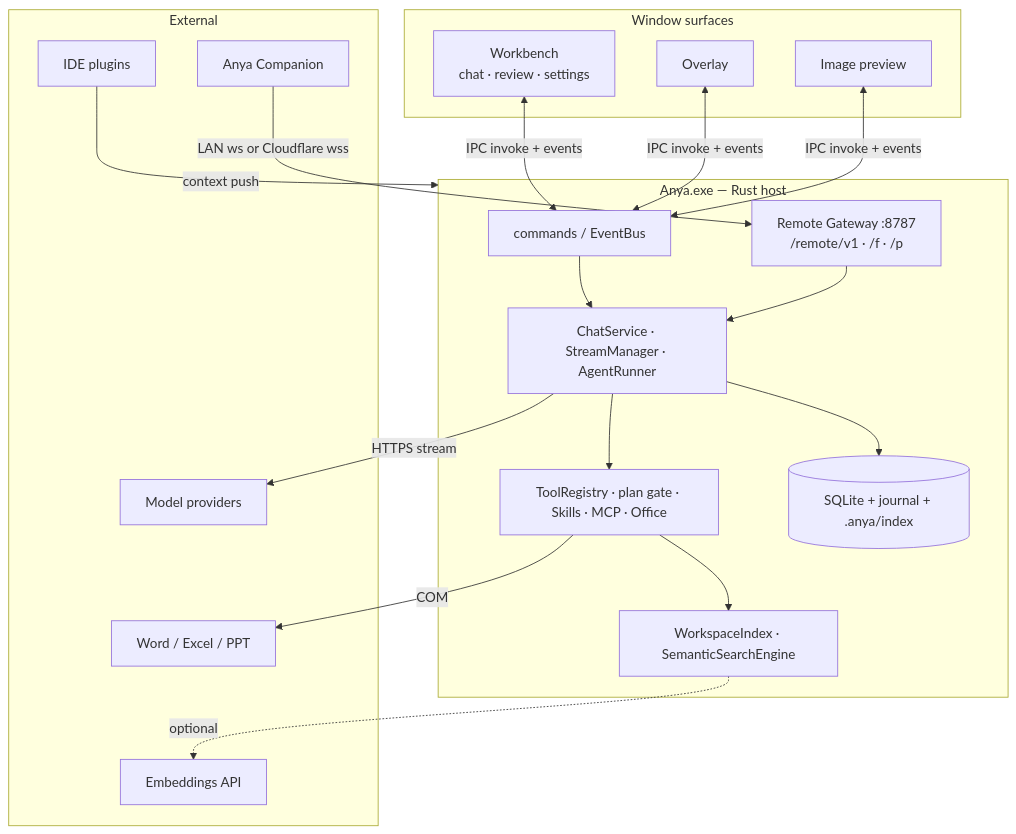
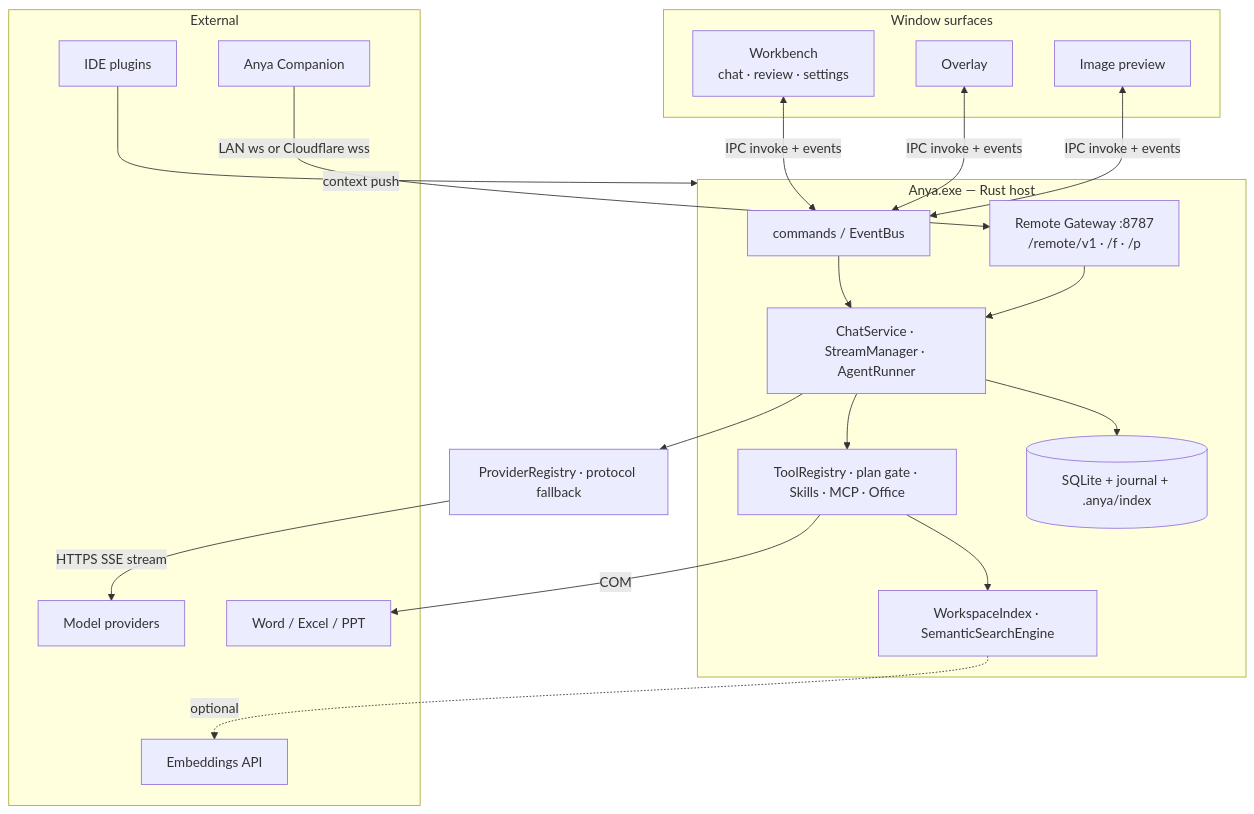
One commit to rururunu/Anya changed the second of 2 diagrams in README.md. Above: the diagram before and after it, drawn with Mermaid. The commit also changed other lines of this file and 168 other files, not shown here.

````diff
--- a/README.md
+++ b/README.md
@@ -218,37 +222,38 @@
 ```mermaid
 flowchart TB
   subgraph Surfaces["Window surfaces"]
     WB["Workbench<br/>chat · review · settings"]
     OV[Overlay]
     PV[Image preview]
   end
 
   subgraph Host["Anya.exe — Rust host"]
     CMD[commands / EventBus]
     CHAT[ChatService · StreamManager · AgentRunner]
     TOOLS[ToolRegistry · plan gate · Skills · MCP · Office]
     RAG[WorkspaceIndex · SemanticSearchEngine]
     GW["Remote Gateway :8787<br/>/remote/v1 · /f · /p"]
     STORE[(SQLite + journal + .anya/index)]
   end
 
   subgraph External["External"]
     LLM[Model providers]
     EMB[Embeddings API]
     IDE[IDE plugins]
     OFFICE[Word / Excel / PPT]
     PH[Anya Companion]
   end
 
   WB & OV & PV <-->|IPC invoke + events| CMD
   CMD --> CHAT
   CHAT --> TOOLS
   TOOLS --> RAG
   RAG -.->|optional| EMB
   CHAT --> STORE
   GW --> CHAT
-  CHAT -->|HTTPS stream| LLM
+  CHAT --> AI[ProviderRegistry · protocol fallback]
+  AI -->|HTTPS SSE stream| LLM
   IDE -->|context push| Host
   TOOLS -->|COM| OFFICE
   PH -->|LAN ws or Cloudflare wss| GW
 ```
````
